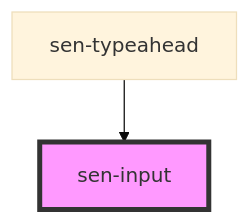
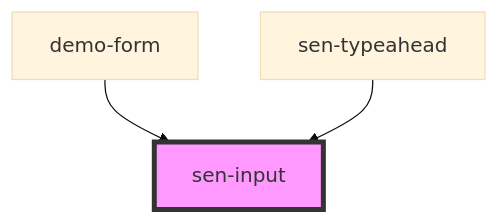
Before and after one commit to senna-ui/senna: the diagram in core/src/components/input/readme.md, drawn with Mermaid (base theme). The commit also changed other lines of this file and 8 other files, not shown here.

````diff
--- a/core/src/components/input/readme.md
+++ b/core/src/components/input/readme.md
@@ -68,5 +69,6 @@
 ```mermaid
 graph TD;
+  demo-form --> sen-input
   sen-typeahead --> sen-input
   style sen-input fill:#f9f,stroke:#333,stroke-width:4px
 ```
````
